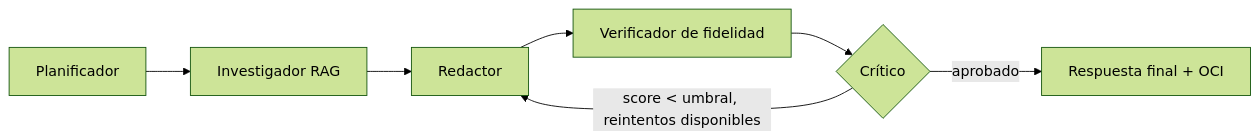
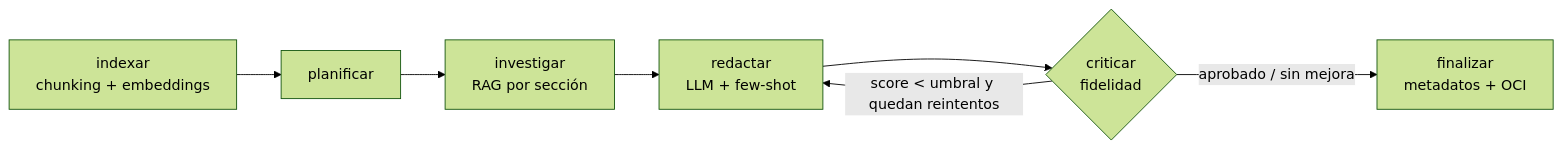
The diagram in README.md (No-Country-simulation/G10-LATAM-EQUIPO_41_KAIROS), drawn with Mermaid (forest theme) before and after one commit. The commit also changed other lines of this file and 14 other files, not shown here.

````diff
--- a/README.md
+++ b/README.md
@@ -78,9 +90,9 @@
 ```mermaid
 flowchart LR
-    A[Planificador] --> B[Investigador RAG]
-    B --> C[Redactor]
-    C --> D[Verificador de fidelidad]
-    D --> E{Crítico}
-    E -- score < umbral, reintentos disponibles --> C
-    E -- aprobado --> F[Respuesta final + OCI]
+    I[indexar<br/>chunking + embeddings] --> A[planificar]
+    A --> B[investigar<br/>RAG por sección]
+    B --> C[redactar<br/>LLM + few-shot]
+    C --> E{criticar<br/>fidelidad}
+    E -- score < umbral y quedan reintentos --> C
+    E -- aprobado / sin mejora --> F[finalizar<br/>metadatos + OCI]
 ```
````
